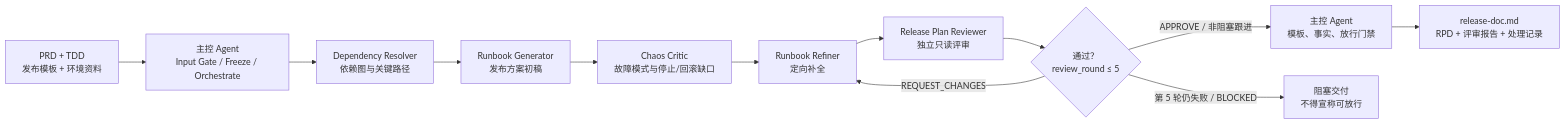
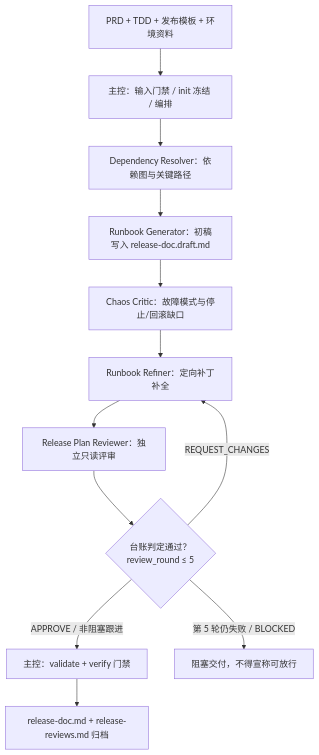
The diagram in skills/release-doc/SKILL.md (luming1617/CodeKit), drawn with Mermaid before and after one commit. The commit also changed other lines of this file and 22 other files, not shown here.

````diff
--- a/skills/release-doc/SKILL.md
+++ b/skills/release-doc/SKILL.md
@@ -61,14 +50,14 @@
 ```mermaid
-flowchart LR
-    I["PRD + TDD<br/>发布模板 + 环境资料"] --> G["主控 Agent<br/>Input Gate / Freeze / Orchestrate"]
-    G --> D["Dependency Resolver<br/>依赖图与关键路径"]
-    D --> W["Runbook Generator<br/>发布方案初稿"]
-    W --> C["Chaos Critic<br/>故障模式与停止/回滚缺口"]
-    C --> F["Runbook Refiner<br/>定向补全"]
-    F --> R["Release Plan Reviewer<br/>独立只读评审"]
-    R --> Q{"通过？<br/>review_round ≤ 5"}
+flowchart TB
+    I["PRD + TDD + 发布模板 + 环境资料"] --> G["主控：输入门禁 / init 冻结 / 编排"]
+    G --> D["Dependency Resolver：依赖图与关键路径"]
+    D --> W["Runbook Generator：初稿写入 release-doc.draft.md"]
+    W --> C["Chaos Critic：故障模式与停止/回滚缺口"]
+    C --> F["Runbook Refiner：定向补丁补全"]
+    F --> R["Release Plan Reviewer：独立只读评审"]
+    R --> Q{"台账判定通过？<br/>review_round ≤ 5"}
     Q -->|REQUEST_CHANGES| F
-    Q -->|APPROVE / 非阻塞跟进| O["主控 Agent<br/>模板、事实、放行门禁"]
-    Q -->|第 5 轮仍失败 / BLOCKED| B["阻塞交付<br/>不得宣称可放行"]
-    O --> P["release-doc.md<br/>RPD + 评审报告 + 处理记录"]
+    Q -->|APPROVE / 非阻塞跟进| O["主控：validate + verify 门禁"]
+    Q -->|第 5 轮仍失败 / BLOCKED| B["阻塞交付，不得宣称可放行"]
+    O --> P["release-doc.md + release-reviews.md 归档"]
 ```
````
